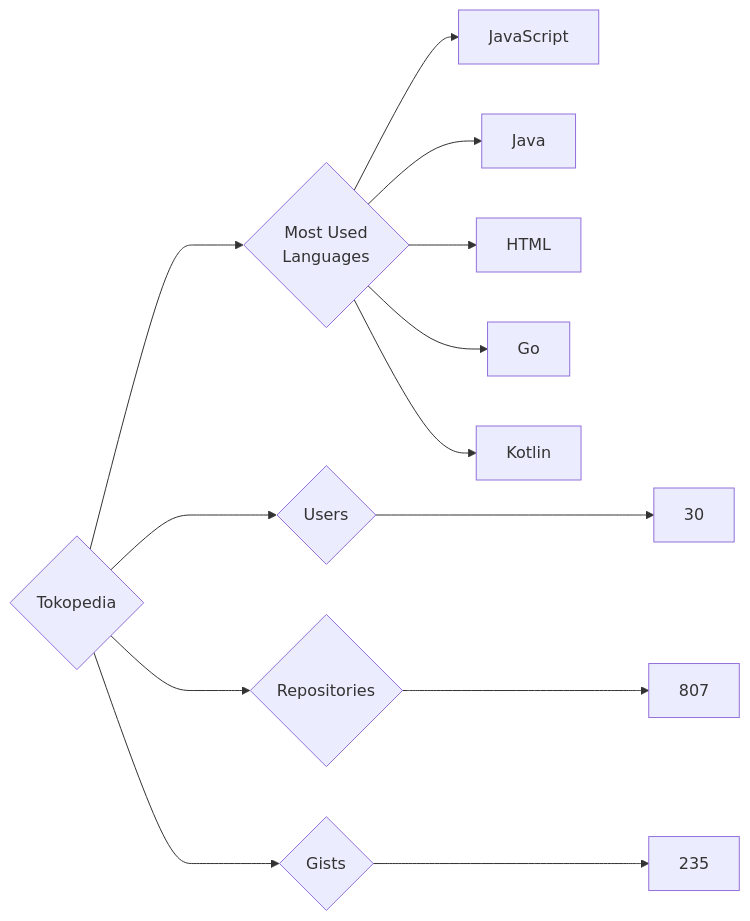
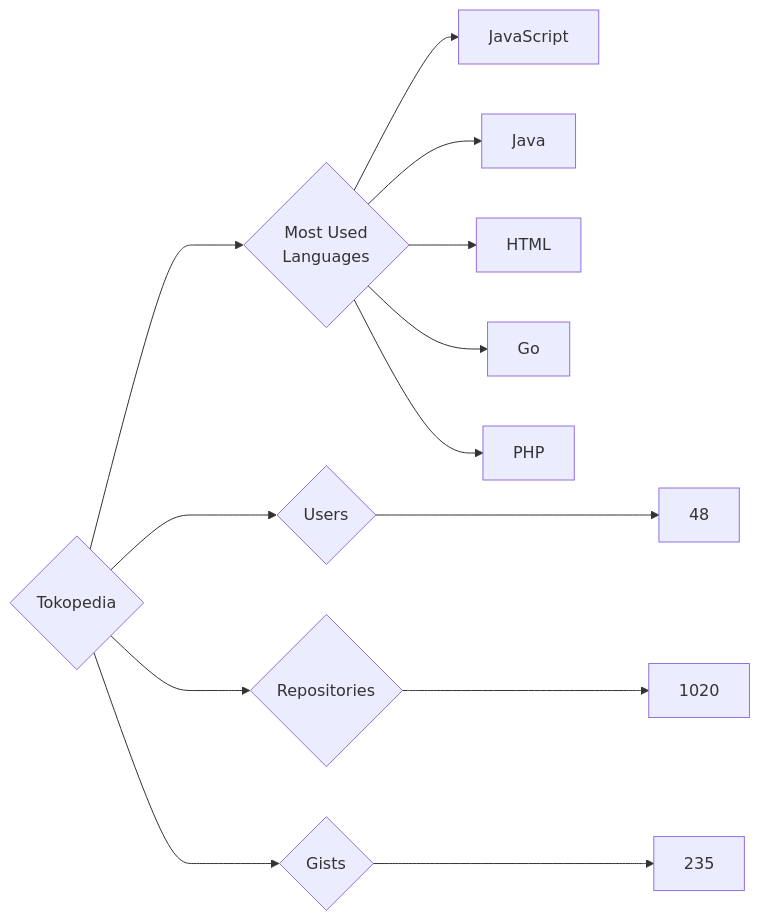
The diagram in targets/Tokopedia/README.md (trickest/insiders), drawn with Mermaid before and after one commit. The commit also changed 682 other files, not shown here.

````diff
--- a/targets/Tokopedia/README.md
+++ b/targets/Tokopedia/README.md
@@ -3,13 +3,13 @@
 ```mermaid
 graph LR
 COMPANY_NAME{Tokopedia}
-COMPANY_NAME ---> U{Users} ---> UN[30]
-COMPANY_NAME ---> R{Repositories} ---> RN[807]
+COMPANY_NAME ---> U{Users} ---> UN[48]
+COMPANY_NAME ---> R{Repositories} ---> RN[1020]
 COMPANY_NAME ---> G{Gists} ---> GN[235]
 COMPANY_NAME ---> ML{Most Used<br>Languages}
 ML --> JavaScript[JavaScript]
 ML --> Java[Java]
 ML --> HTML[HTML]
 ML --> Go[Go]
-ML --> Kotlin[Kotlin]
+ML --> PHP[PHP]
 ```
````
